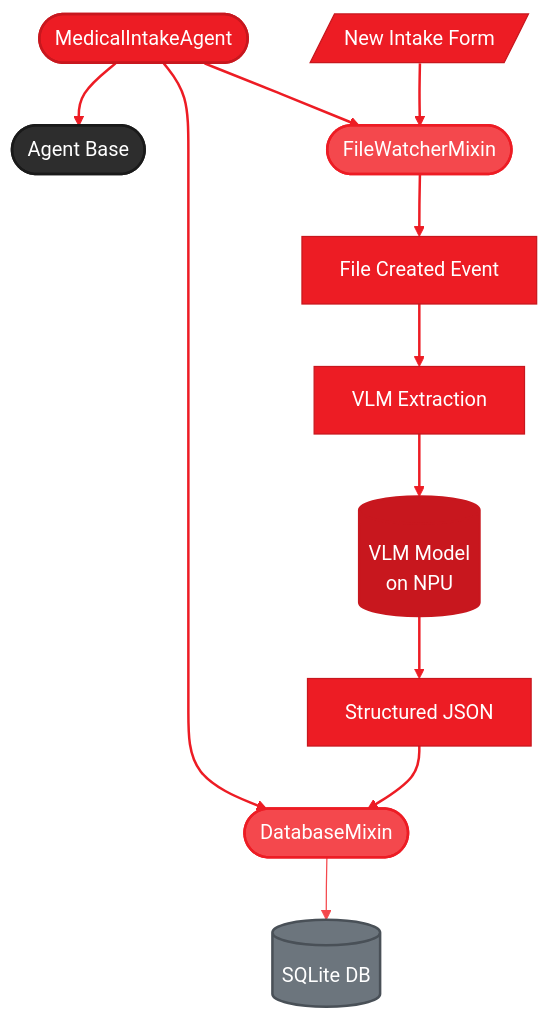
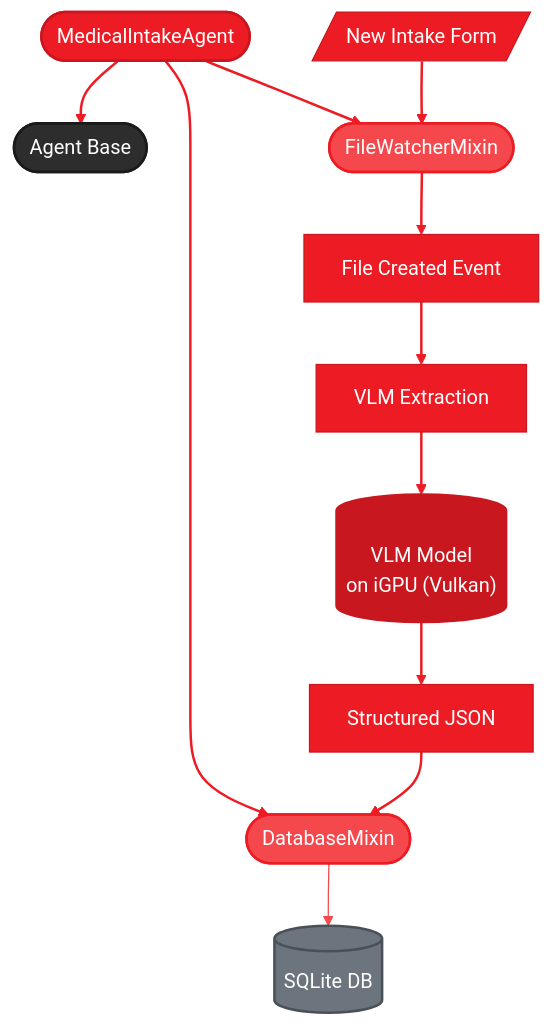
One commit to amd/gaia changed the diagram in docs/playbooks/emr-agent/part-1-getting-started.mdx. Above: the diagram before and after it, drawn with Mermaid. The commit also changed other lines of this file and 1 other file, not shown here.

First line of the commit message:
docs(emr): correct VLM execution claim — Qwen3-VL runs on iGPU/Vulkan, not NPU

````diff
--- a/docs/playbooks/emr-agent/part-1-getting-started.mdx
+++ b/docs/playbooks/emr-agent/part-1-getting-started.mdx
@@ -36,24 +36,24 @@
 ```mermaid
 %%{init: {'theme':'base', 'themeVariables': { 'primaryColor':'#ED1C24', 'primaryTextColor':'#fff', 'primaryBorderColor':'#C8171E', 'lineColor':'#F4484D', 'secondaryColor':'#2d2d2d', 'tertiaryColor':'#f5f5f5', 'fontFamily': 'system-ui, -apple-system, sans-serif'}}}%%
 graph TD
     A(["MedicalIntakeAgent"]) --> B(["Agent Base"])
     A --> C(["FileWatcherMixin"])
     A --> D(["DatabaseMixin"])
 
     E[/"New Intake Form"/] --> C
     C --> F["File Created Event"]
     F --> G["VLM Extraction"]
-    G --> H[("VLM Model<br/>on NPU")]
+    G --> H[("VLM Model<br/>on iGPU (Vulkan)")]
     H --> I["Structured JSON"]
     I --> D
     D --> J[("SQLite DB")]
 
     style A fill:#ED1C24,stroke:#C8171E,stroke-width:2px,color:#fff
     style B fill:#2d2d2d,stroke:#1a1a1a,stroke-width:2px,color:#fff
     style C fill:#F4484D,stroke:#ED1C24,stroke-width:2px,color:#fff
     style D fill:#F4484D,stroke:#ED1C24,stroke-width:2px,color:#fff
     style H fill:#C8171E,stroke:#C8171E,stroke-width:2px,color:#fff
     style J fill:#6c757d,stroke:#495057,stroke-width:2px,color:#fff
 
     linkStyle 0,1,2,3,4,5,6,7,8 stroke:#ED1C24,stroke-width:2px
 ```
````
